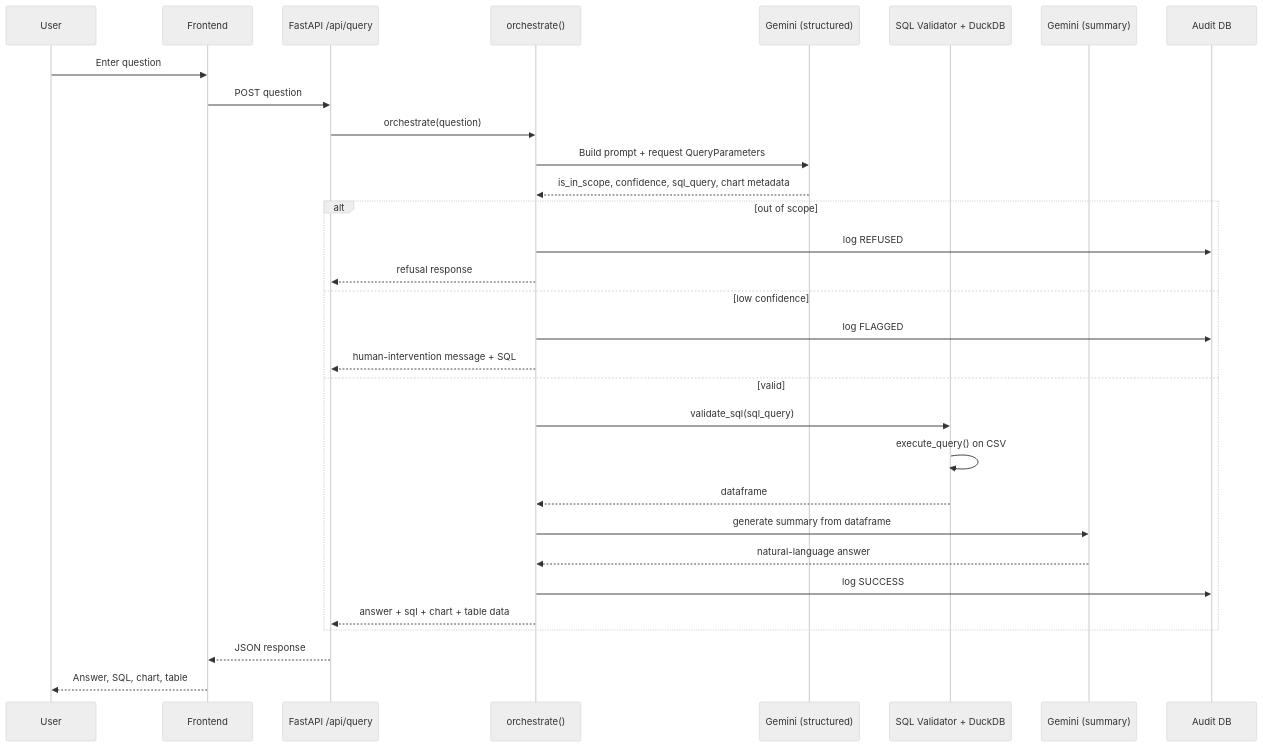
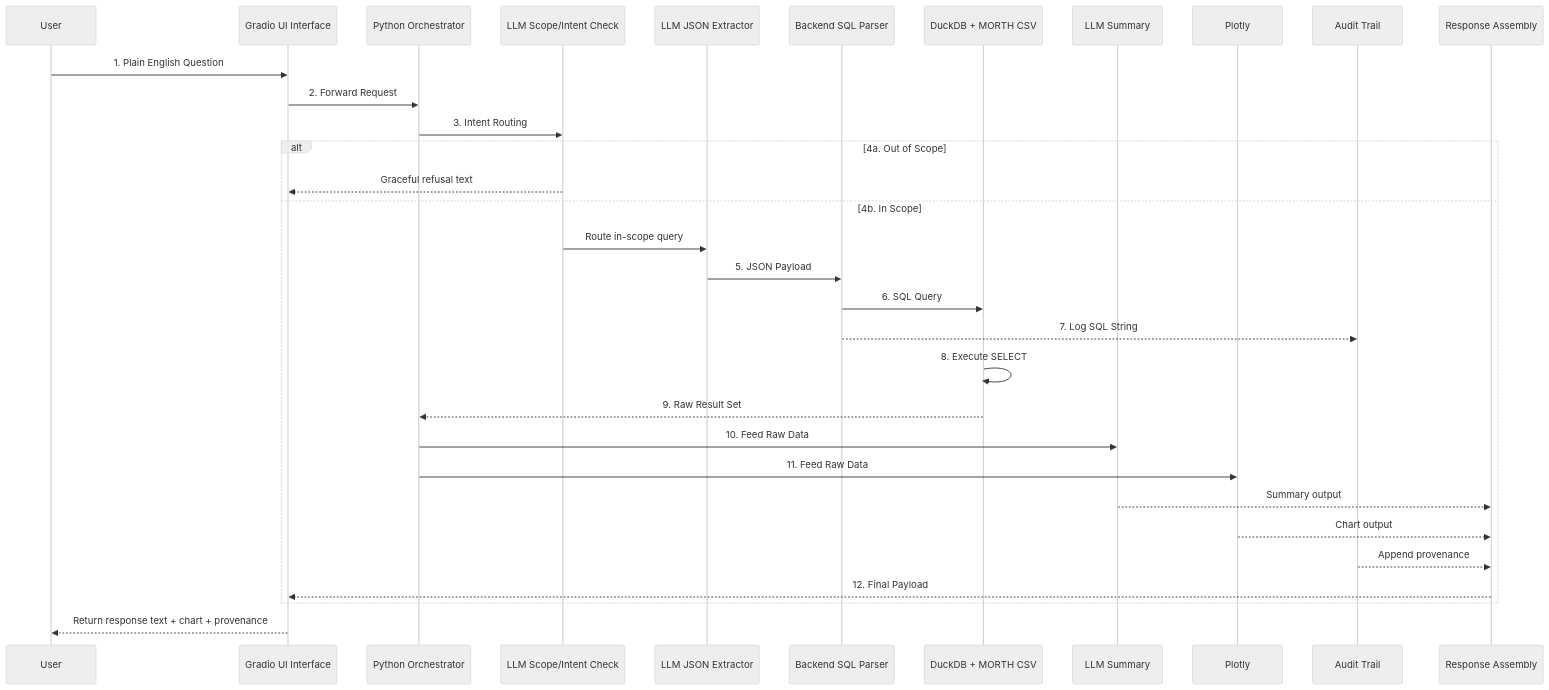
The second of 2 diagrams in README.md (KTsama07/Doc.chat), drawn with Mermaid (neutral theme) before and after one commit. The commit also changed other lines of this file, not shown here.

Commit message:
Align README diagrams with provided HLD

````diff
--- a/README.md
+++ b/README.md
@@ -49,36 +57,37 @@
 ```mermaid
 sequenceDiagram
     participant User as User
-    participant UI as Frontend
-    participant API as FastAPI /api/query
-    participant O as orchestrate()
-    participant LLM as Gemini (structured)
-    participant SQL as SQL Validator + DuckDB
-    participant SUM as Gemini (summary)
-    participant A as Audit DB
+    participant UI as Gradio UI Interface
+    participant O as Python Orchestrator
+    participant IC as LLM Scope/Intent Check
+    participant JE as LLM JSON Extractor
+    participant B as Backend SQL Parser
+    participant DB as DuckDB + MORTH CSV
+    participant S as LLM Summary
+    participant P as Plotly
+    participant A as Audit Trail
+    participant R as Response Assembly
 
-    User->>UI: Enter question
-    UI->>API: POST question
-    API->>O: orchestrate(question)
-    O->>LLM: Build prompt + request QueryParameters
-    LLM-->>O: is_in_scope, confidence, sql_query, chart metadata
+    User->>UI: 1. Plain English Question
+    UI->>O: 2. Forward Request
+    O->>IC: 3. Intent Routing
 
-    alt out of scope
-        O->>A: log REFUSED
-        O-->>API: refusal response
-    else low confidence
-        O->>A: log FLAGGED
-        O-->>API: human-intervention message + SQL
-    else valid
-        O->>SQL: validate_sql(sql_query)
-        SQL->>SQL: execute_query() on CSV
-        SQL-->>O: dataframe
-        O->>SUM: generate summary from dataframe
-        SUM-->>O: natural-language answer
-        O->>A: log SUCCESS
-        O-->>API: answer + sql + chart + table data
+    alt 4a. Out of Scope
+        IC-->>UI: Graceful refusal text
+    else 4b. In Scope
+        IC->>JE: Route in-scope query
+        JE->>B: 5. JSON Payload
+        B->>DB: 6. SQL Query
+        B-->>A: 7. Log SQL String
+        DB->>DB: 8. Execute SELECT
+        DB-->>O: 9. Raw Result Set
+        O->>S: 10. Feed Raw Data
+        O->>P: 11. Feed Raw Data
+        S-->>R: Summary output
+        P-->>R: Chart output
+        A-->>R: Append provenance
+        R-->>UI: 12. Final Payload
     end
 
-    API-->>UI: JSON response
-    UI-->>User: Answer, SQL, chart, table
+    UI-->>User: Return response text + chart + provenance
 ```
````
